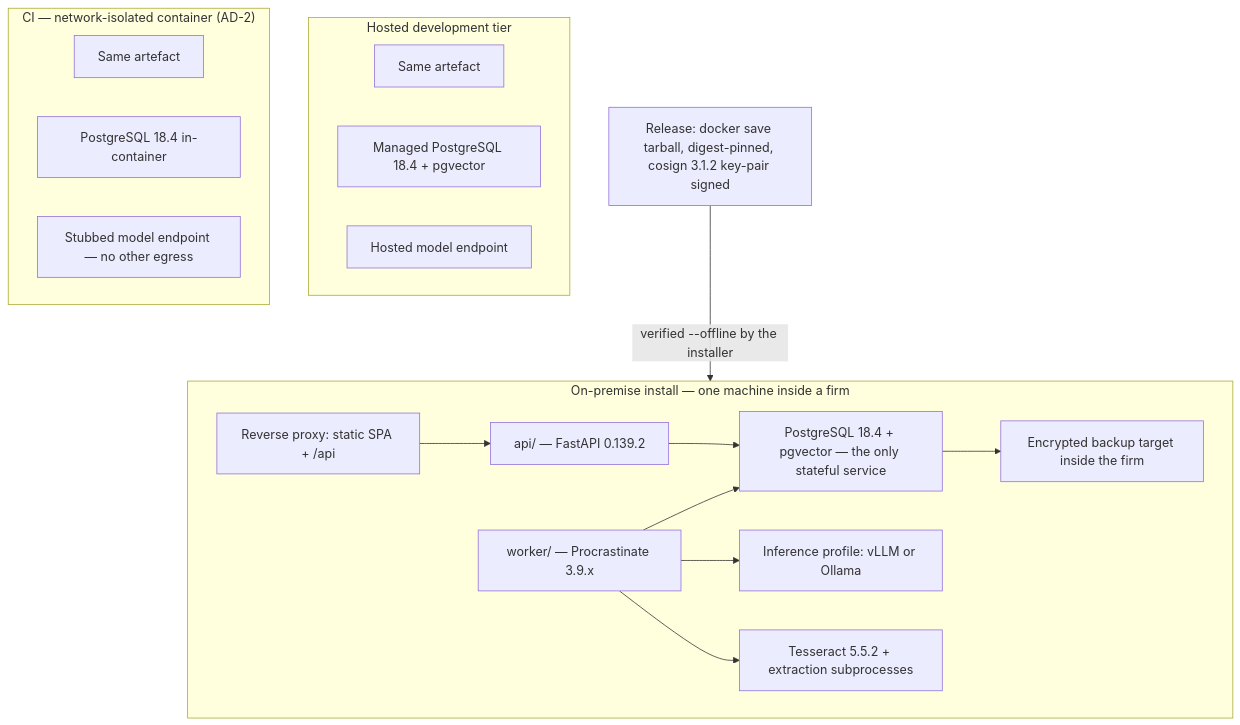
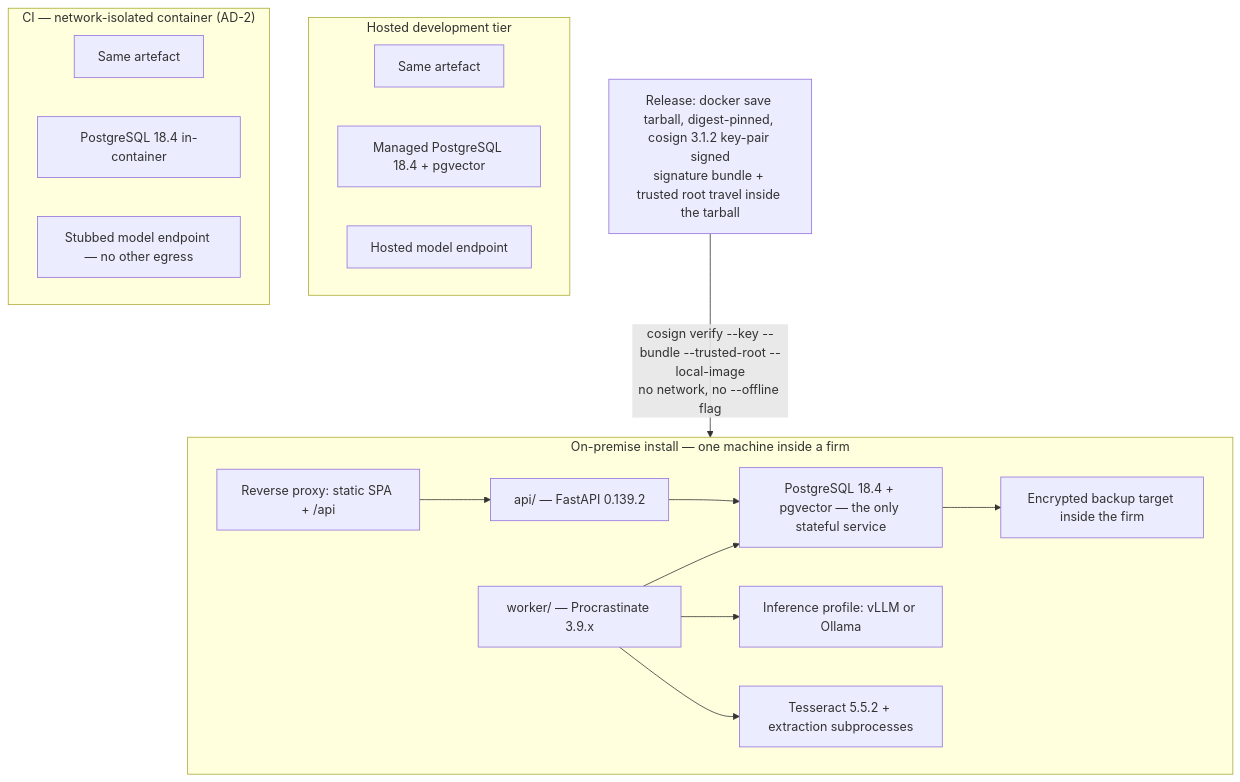
One commit to jt33120/apx-mvp changed the third of 6 diagrams in _bmad-output/planning-artifacts/architecture/architecture-apx-mvp-2026-07-21/ARCHITECTURE-SPINE.md. Above: the diagram before and after it, drawn with Mermaid. The commit also changed other lines of this file and 4 other files, not shown here.

````diff
--- a/_bmad-output/planning-artifacts/architecture/architecture-apx-mvp-2026-07-21/ARCHITECTURE-SPINE.md
+++ b/_bmad-output/planning-artifacts/architecture/architecture-apx-mvp-2026-07-21/ARCHITECTURE-SPINE.md
@@ -707,30 +1433,30 @@
 ```mermaid
 flowchart TB
     subgraph DEV["Hosted development tier"]
         D1["Same artefact"]
         D2["Managed PostgreSQL 18.4 + pgvector"]
         D3["Hosted model endpoint"]
     end
     subgraph CI["CI — network-isolated container (AD-2)"]
         C1["Same artefact"]
         C2["PostgreSQL 18.4 in-container"]
         C3["Stubbed model endpoint — no other egress"]
     end
     subgraph SITE["On-premise install — one machine inside a firm"]
         P1["Reverse proxy: static SPA + /api"]
         P2["api/ — FastAPI 0.139.2"]
         P3["worker/ — Procrastinate 3.9.x"]
         P4["PostgreSQL 18.4 + pgvector — the only stateful service"]
         P5["Inference profile: vLLM or Ollama"]
         P6["Tesseract 5.5.2 + extraction subprocesses"]
         P7["Encrypted backup target inside the firm"]
     end
-    REL["Release: docker save tarball, digest-pinned, cosign 3.1.2 key-pair signed"]
-    REL -->|"verified --offline by the installer"| SITE
+    REL["Release: docker save tarball, digest-pinned, cosign 3.1.2 key-pair signed<br/>signature bundle + trusted root travel inside the tarball"]
+    REL -->|"cosign verify --key --bundle --trusted-root --local-image<br/>no network, no --offline flag"| SITE
     P1 --> P2
     P2 --> P4
     P3 --> P4
     P3 --> P5
     P3 --> P6
     P4 --> P7
 ```
````
